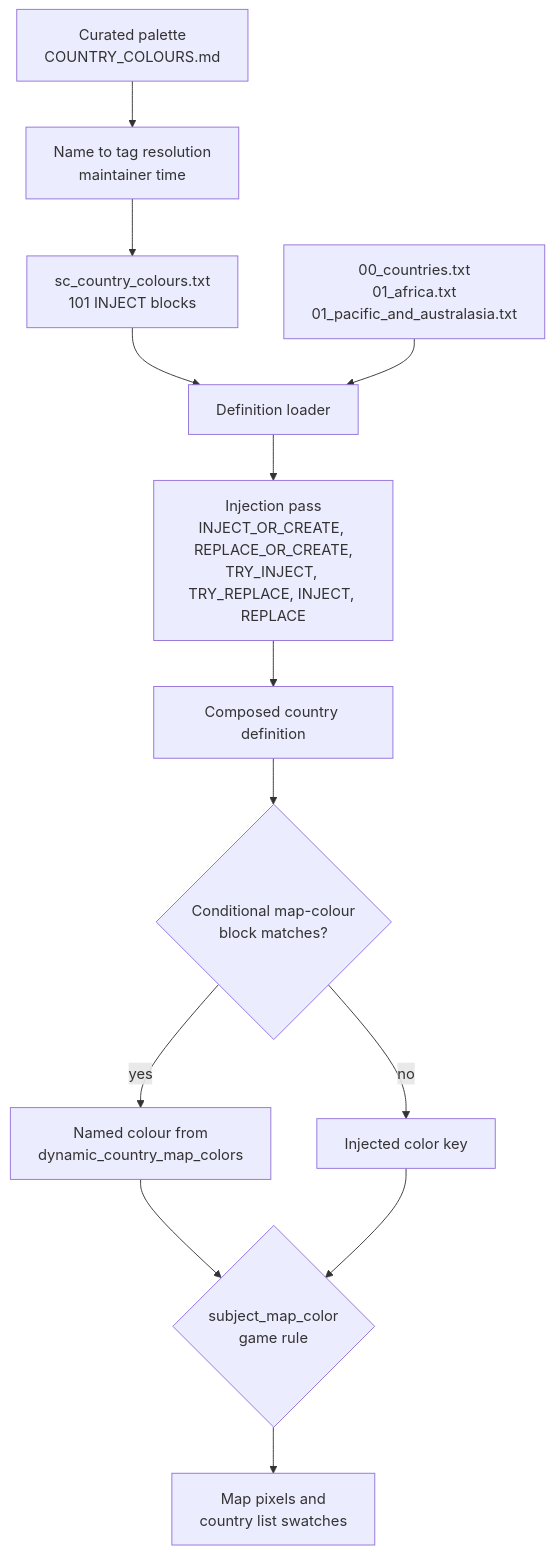
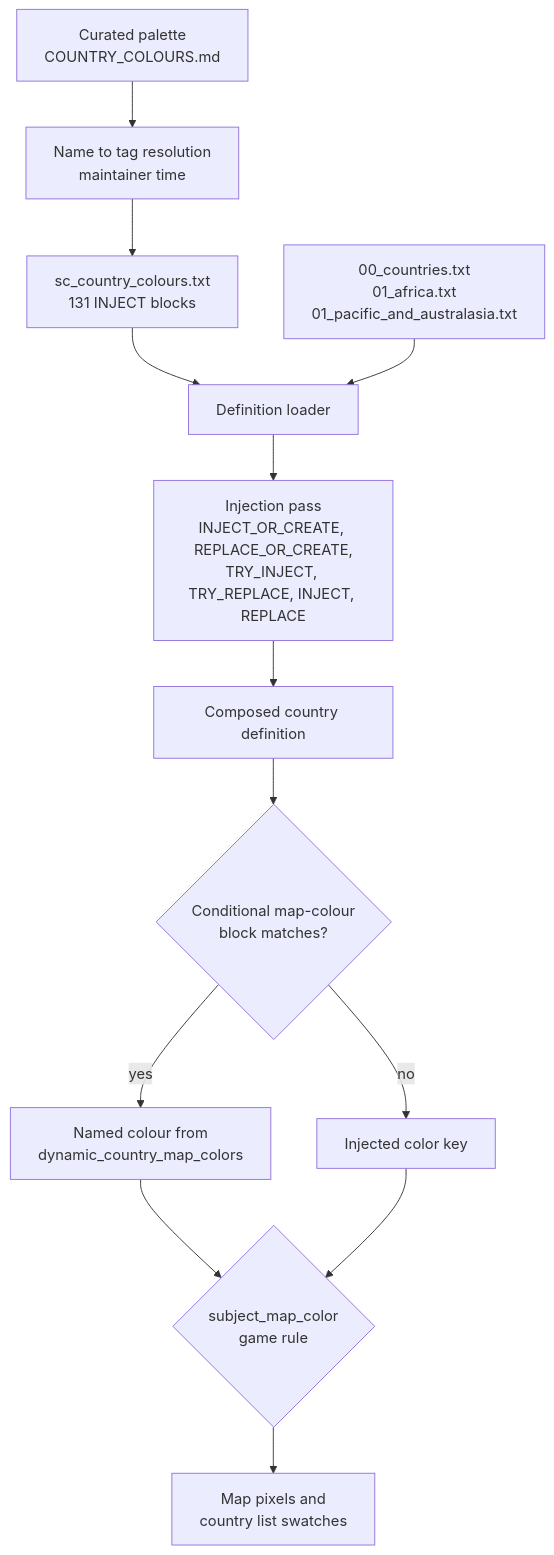
The first of 3 diagrams in docs/architecture.md (hmlendea/standardised-country-colours), drawn with Mermaid before and after one commit. The commit also changed other lines of this file and 18 other files, not shown here.

````diff
--- a/docs/architecture.md
+++ b/docs/architecture.md
@@ -7,15 +7,15 @@
 ```mermaid
 flowchart TD
   Pal["Curated palette<br/>COUNTRY_COLOURS.md"] --> Map["Name to tag resolution<br/>maintainer time"]
-  Map --> File["sc_country_colours.txt<br/>101 INJECT blocks"]
+  Map --> File["sc_country_colours.txt<br/>131 INJECT blocks"]
   File --> Loader["Definition loader"]
   Vanilla["00_countries.txt<br/>01_africa.txt<br/>01_pacific_and_australasia.txt"] --> Loader
   Loader --> Pass["Injection pass<br/>INJECT_OR_CREATE, REPLACE_OR_CREATE,<br/>TRY_INJECT, TRY_REPLACE, INJECT, REPLACE"]
   Pass --> Def["Composed country definition"]
   Def --> Dyn{"Conditional map-colour<br/>block matches?"}
   Dyn -->|"yes"| Alt["Named colour from<br/>dynamic_country_map_colors"]
   Dyn -->|"no"| Base["Injected color key"]
   Alt --> Rule{"subject_map_color<br/>game rule"}
   Base --> Rule
   Rule --> Pixels["Map pixels and<br/>country list swatches"]
 ```
````
